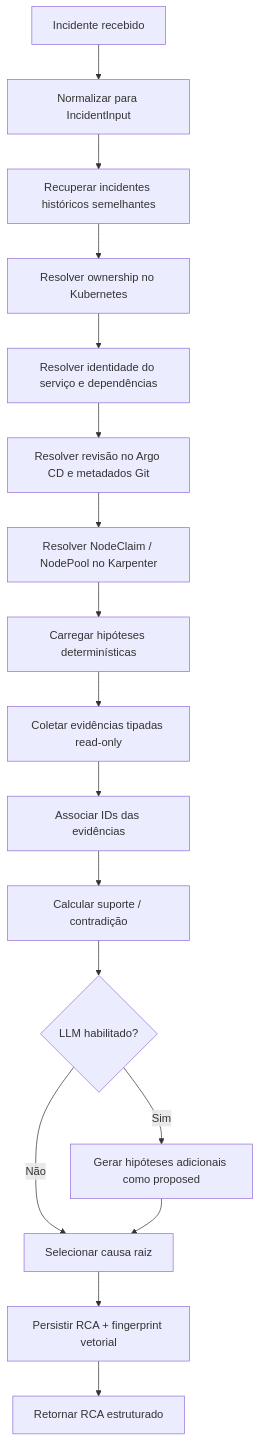
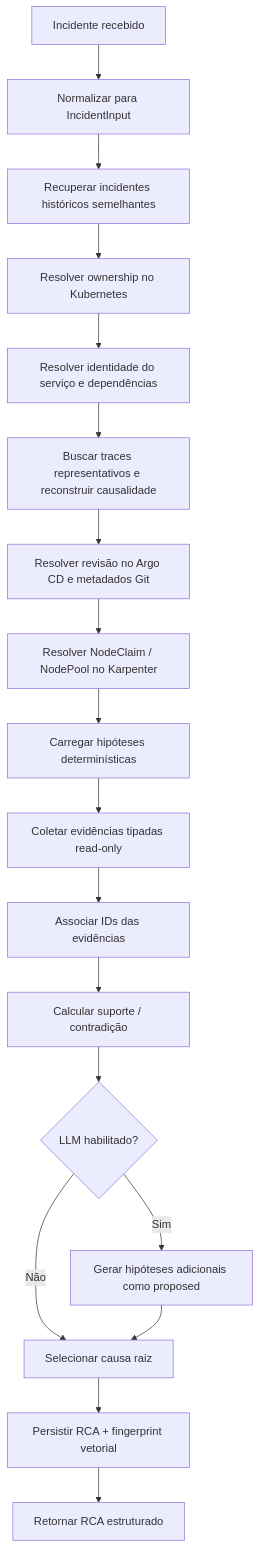
One commit to marcocristofolini/ai-sre-rca changed the second of 11 diagrams in docs/architecture.pt-BR.md. Above: the diagram before and after it, drawn with Mermaid. The commit also changed other lines of this file, not shown here.

````diff
--- a/docs/architecture.pt-BR.md
+++ b/docs/architecture.pt-BR.md
@@ -43,19 +45,20 @@
 ```mermaid
 flowchart TD
     S[Incidente recebido] --> N[Normalizar para IncidentInput]
     N --> M[Recuperar incidentes históricos semelhantes]
     M --> KO[Resolver ownership no Kubernetes]
     KO --> SG[Resolver identidade do serviço e dependências]
-    SG --> CH[Resolver revisão no Argo CD e metadados Git]
+    SG --> TR[Buscar traces representativos e reconstruir causalidade]
+    TR --> CH[Resolver revisão no Argo CD e metadados Git]
     CH --> KP[Resolver NodeClaim / NodePool no Karpenter]
     KP --> HP[Carregar hipóteses determinísticas]
     HP --> CE[Coletar evidências tipadas read-only]
     CE --> AE[Associar IDs das evidências]
     AE --> SC[Calcular suporte / contradição]
     SC --> LP{LLM habilitado?}
     LP -->|Sim| LH[Gerar hipóteses adicionais como proposed]
     LP -->|Não| RC[Selecionar causa raiz]
     LH --> RC
     RC --> PS[Persistir RCA + fingerprint vetorial]
     PS --> OUT[Retornar RCA estruturado]
 ```
````
